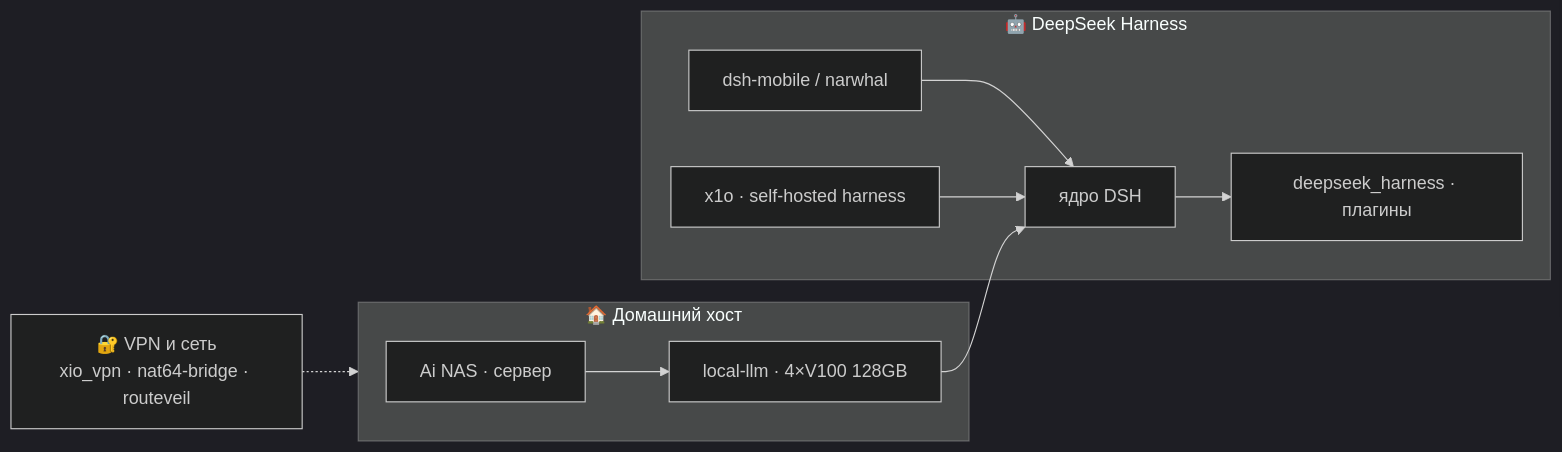
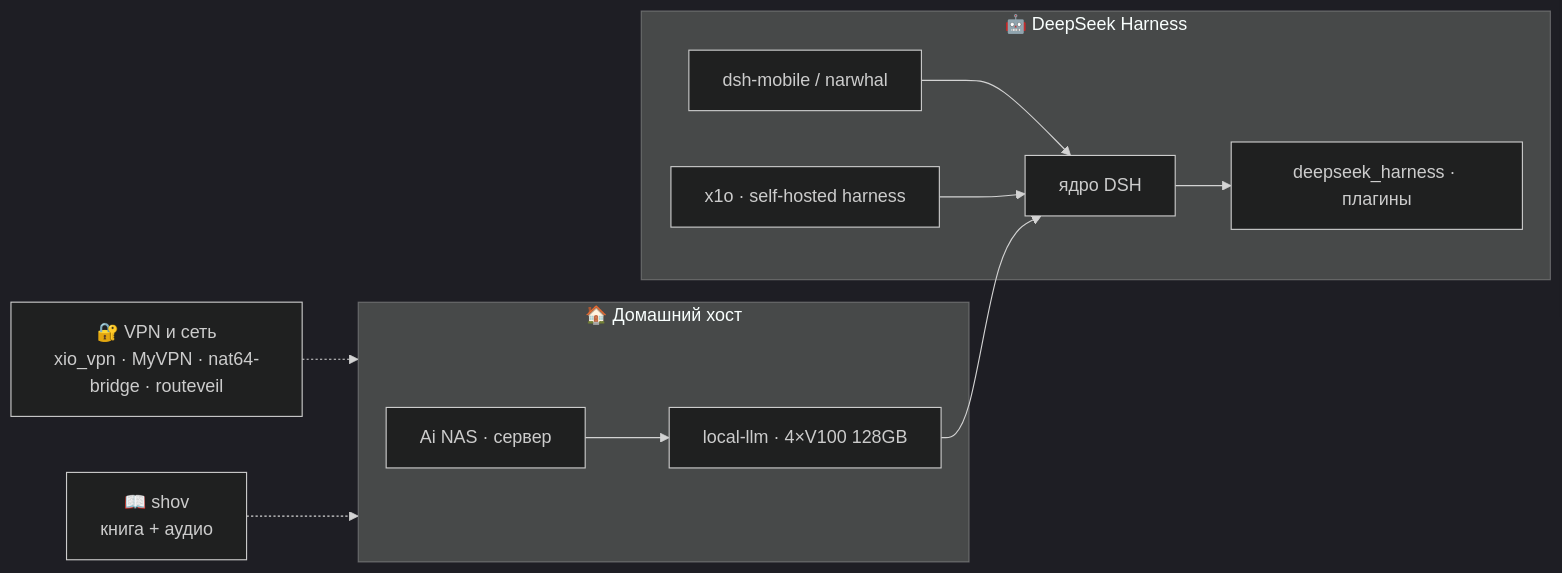
One commit to rukazax/rukazax changed the diagram in README.md. Above: the diagram before and after it, drawn with Mermaid (dark theme). The commit also changed other lines of this file, not shown here.

Commit message:
Профиль: добавлены shov, MyVPN и MyVPN-releases; счётчики и карта проектов обновлены

````diff
--- a/README.md
+++ b/README.md
@@ -36,20 +37,22 @@
 ```mermaid
 graph LR
   subgraph HOST[🏠 Домашний хост]
     NAS[Ai NAS · сервер]
     LLM[local-llm · 4×V100 128GB]
   end
   subgraph DSH[🤖 DeepSeek Harness]
     CORE[ядро DSH]
     PLG[deepseek_harness · плагины]
     MOB[dsh-mobile / narwhal]
     X1O[x1o · self-hosted harness]
   end
-  NET[🔐 VPN и сеть<br/>xio_vpn · nat64-bridge · routeveil]
+  NET[🔐 VPN и сеть<br/>xio_vpn · MyVPN · nat64-bridge · routeveil]
+  BOOK[📖 shov<br/>книга + аудио]
   CORE --> PLG
   MOB --> CORE
   X1O --> CORE
   LLM --> CORE
   NAS --> LLM
   NET -.-> HOST
+  BOOK -.-> HOST
 ```
````
